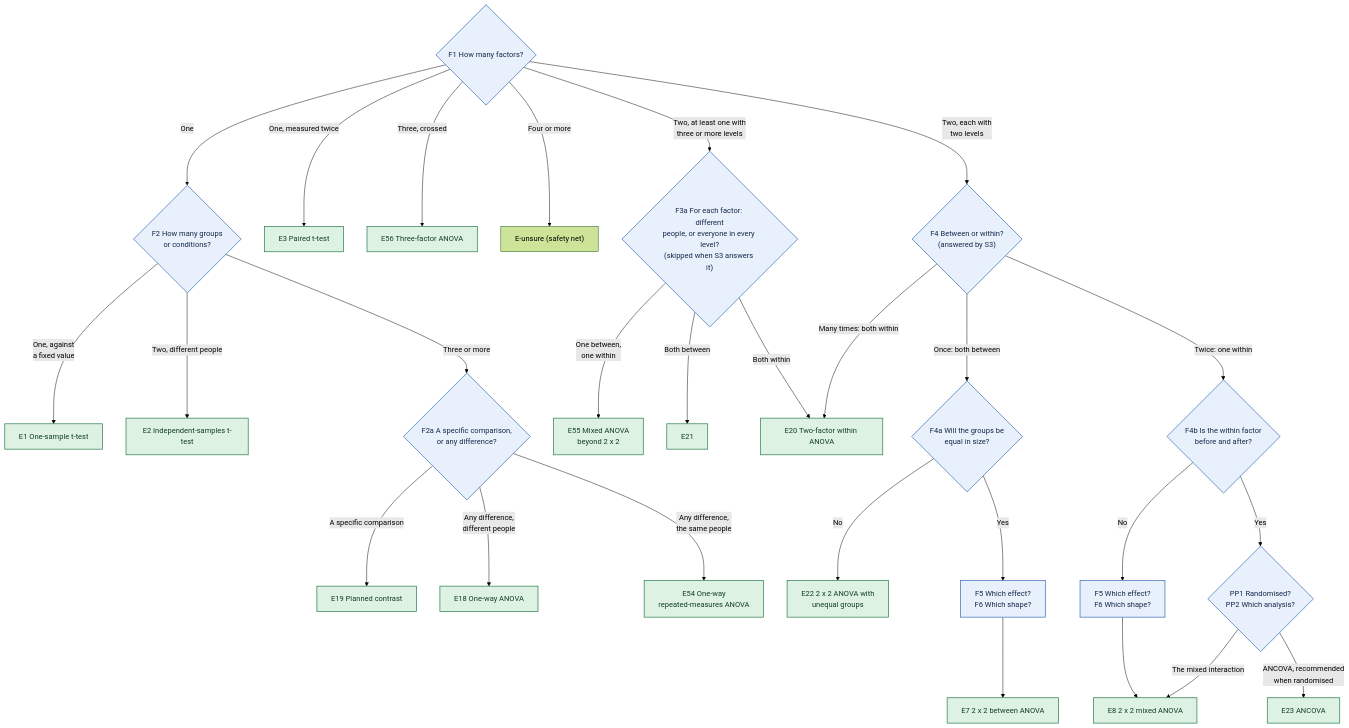
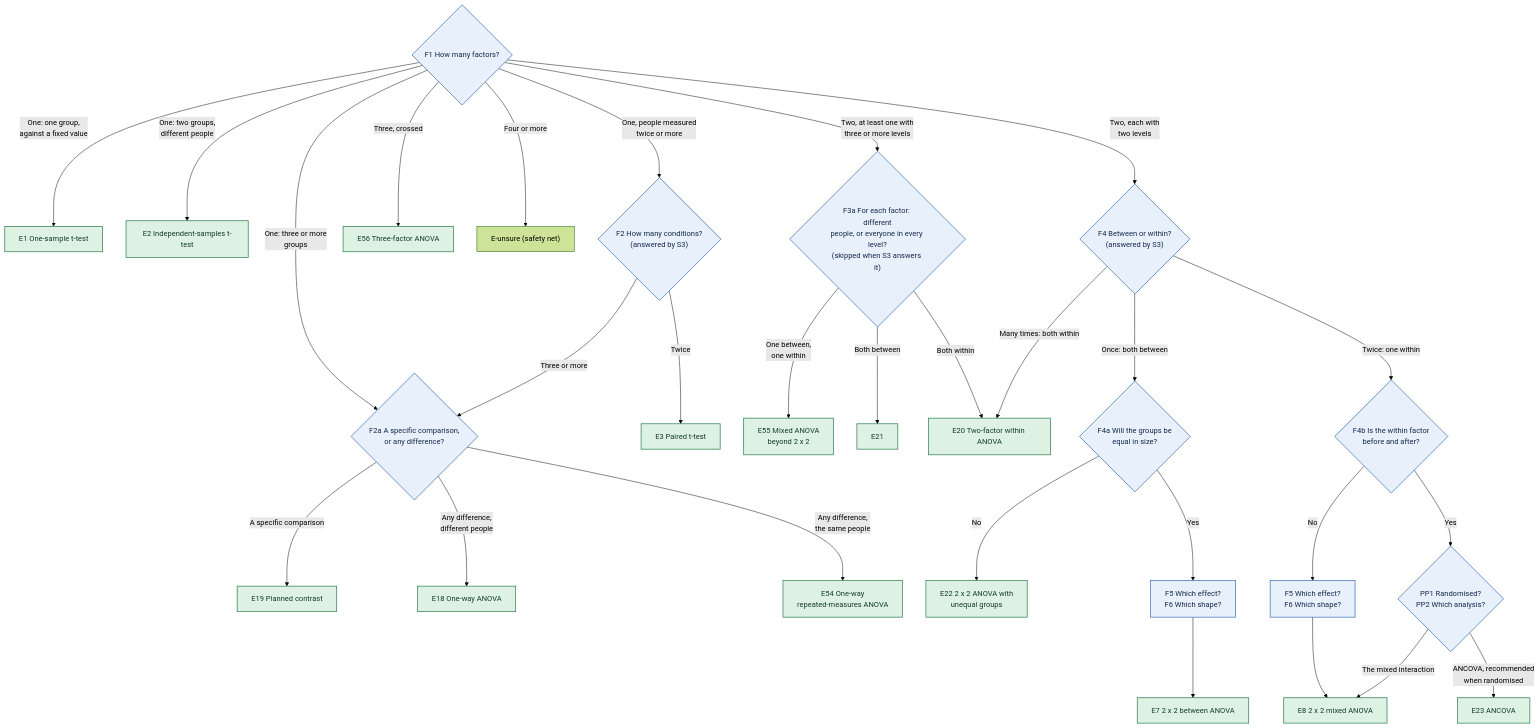
The fourth of 11 diagrams in docs/decision-tree.md (JoelThornton/Powerkit), drawn with Mermaid (forest theme) before and after one commit. The commit also changed other lines of this file and 16 other files, not shown here.

````diff
--- a/docs/decision-tree.md
+++ b/docs/decision-tree.md
@@ -341,37 +341,38 @@
 ```mermaid
 flowchart TD
   F1{"F1 How many factors?"}
-  F1 -->|One| F2{"F2 How many groups<br/>or conditions?"}
-  F2 -->|One, against<br/>a fixed value| E1["E1 One-sample t-test"]
-  F2 -->|Two, different people| E2["E2 Independent-samples t-test"]
-  F1 -->|One, measured twice| E3["E3 Paired t-test"]
-  F2 -->|Three or more| F2a{"F2a A specific comparison,<br/>or any difference?"}
+  F1 -->|"One: one group,<br/>against a fixed value"| E1["E1 One-sample t-test"]
+  F1 -->|"One: two groups,<br/>different people"| E2["E2 Independent-samples t-test"]
+  F1 -->|"One: three or more<br/>groups"| F2a{"F2a A specific comparison,<br/>or any difference?"}
+  F1 -->|One, people measured<br/>twice or more| F2{"F2 How many conditions?<br/>(answered by S3)"}
+  F2 -->|Twice| E3["E3 Paired t-test"]
+  F2 -->|Three or more| F2a
   F2a -->|A specific comparison| E19["E19 Planned contrast"]
   F2a -->|Any difference,<br/>different people| E18["E18 One-way ANOVA"]
   F2a -->|Any difference,<br/>the same people| E54["E54 One-way<br/>repeated-measures ANOVA"]
   F1 -->|Three, crossed| E56["E56 Three-factor ANOVA"]
   F1 -->|Four or more| UNS1["E-unsure (safety net)"]
   F1 -->|Two, at least one with<br/>three or more levels| F3a{"F3a For each factor: different<br/>people, or everyone in every level?<br/>(skipped when S3 answers it)"}
   F3a -->|One between,<br/>one within| E55["E55 Mixed ANOVA<br/>beyond 2 x 2"]
   F3a -->|Both between| E21
   F3a -->|Both within| E20
   F1 -->|Two, each with<br/>two levels| F4{"F4 Between or within?<br/>(answered by S3)"}
   F4 -->|Many times: both within| E20["E20 Two-factor within ANOVA"]
   F4 -->|Once: both between| F4a{"F4a Will the groups be<br/>equal in size?"}
   F4a -->|No| E22["E22 2 x 2 ANOVA with<br/>unequal groups"]
   F4a -->|Yes| F5b["F5 Which effect?<br/>F6 Which shape?"]
   F5b --> E7["E7 2 x 2 between ANOVA"]
   F4 -->|Twice: one within| F4b{"F4b Is the within factor<br/>before and after?"}
   F4b -->|No| F5m["F5 Which effect?<br/>F6 Which shape?"]
   F5m --> E8["E8 2 x 2 mixed ANOVA"]
   F4b -->|Yes| PP{"PP1 Randomised?<br/>PP2 Which analysis?"}
   PP -->|The mixed interaction| E8
   PP -->|ANCOVA, recommended<br/>when randomised| E23["E23 ANCOVA"]
   class F1,F2,F2a,F3a,F4,F4a,F4b,PP,F5b,F5m q
   class E1,E2,E3,E7,E8,E18,E19,E20,E21,E22,E23,E54,E55,E56 avail
   classDef q fill:#E8F0FB,stroke:#3B6FB6,color:#14284B,stroke-width:1.5px
   classDef avail fill:#DDF2E3,stroke:#2E7D4F,color:#123D24,stroke-width:1.5px
   classDef spec fill:#FFF0D1,stroke:#B97A00,color:#4A3200,stroke-width:1.5px
   classDef later fill:#F2F2F2,stroke:#9A9A9A,color:#4D4D4D,stroke-width:1px,stroke-dasharray:4 3
   classDef jump fill:#FFFFFF,stroke:#3B6FB6,color:#14284B,stroke-width:1.5px,stroke-dasharray:6 3
 ```
````
